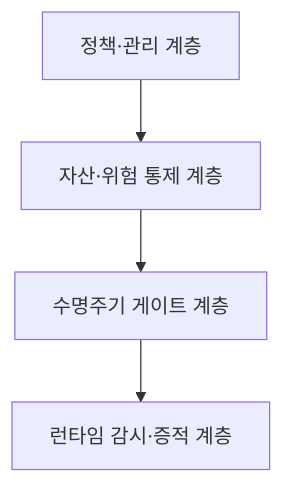
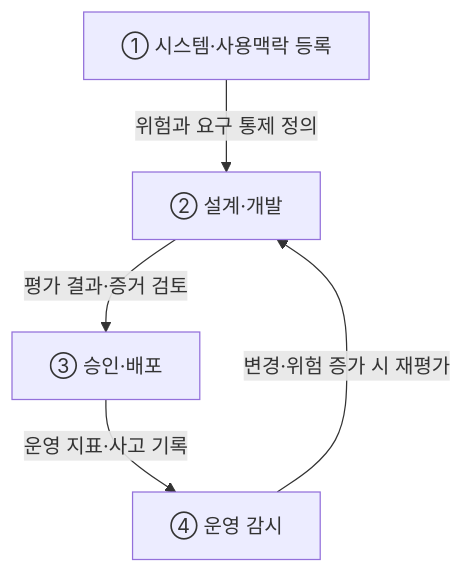
One commit to agnusdei1207/study changed the first of 2 diagrams in src/content/docs/notes/itpe/01-it-strategy/050_ai_governance_platform.md. Above: the diagram before and after it, drawn with Mermaid. The commit also changed other lines of this file and 3 other files, not shown here.

````diff
--- a/src/content/docs/notes/itpe/01-it-strategy/050_ai_governance_platform.md
+++ b/src/content/docs/notes/itpe/01-it-strategy/050_ai_governance_platform.md
@@ -60,4 +62,7 @@
 ```mermaid
 flowchart TD
-    L1["정책·관리 계층"] --> L2["자산·위험 통제 계층"] --> L3["수명주기 게이트 계층"] --> L4["런타임 감시·증적 계층"]
+    S1["① 시스템·사용맥락 등록"] -->|"위험과 요구 통제 정의"| S2["② 설계·개발"]
+    S2 -->|"평가 결과·증거 검토"| S3["③ 승인·배포"]
+    S3 -->|"운영 지표·사고 기록"| S4["④ 운영 감시"]
+    S4 -->|"변경·위험 증가 시 재평가"| S2
 ```
````
